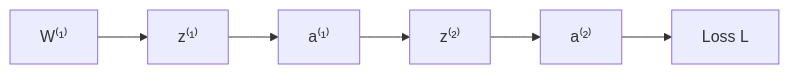
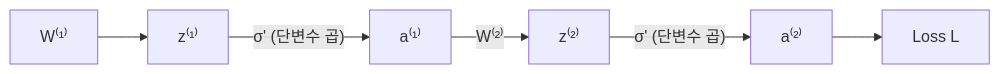
Before and after one commit to Siegfriex/hongikUniv.: the fourth of 5 diagrams in ML/20260507.md, drawn with Mermaid. The commit also changed other lines of this file, not shown here.

````diff
--- a/ML/20260507.md
+++ b/ML/20260507.md
@@ -949,8 +1025,8 @@
 ```mermaid
 flowchart LR
     W1["W⁽¹⁾"] --> Z1["z⁽¹⁾"]
-    Z1 --> A1["a⁽¹⁾"]
-    A1 --> Z2["z⁽²⁾"]
-    Z2 --> A2["a⁽²⁾"]
+    Z1 -->|"σ' (단변수 곱)"| A1["a⁽¹⁾"]
+    A1 -->|"W⁽²⁾"| Z2["z⁽²⁾"]
+    Z2 -->|"σ' (단변수 곱)"| A2["a⁽²⁾"]
     A2 --> L["Loss L"]
 ```
````
